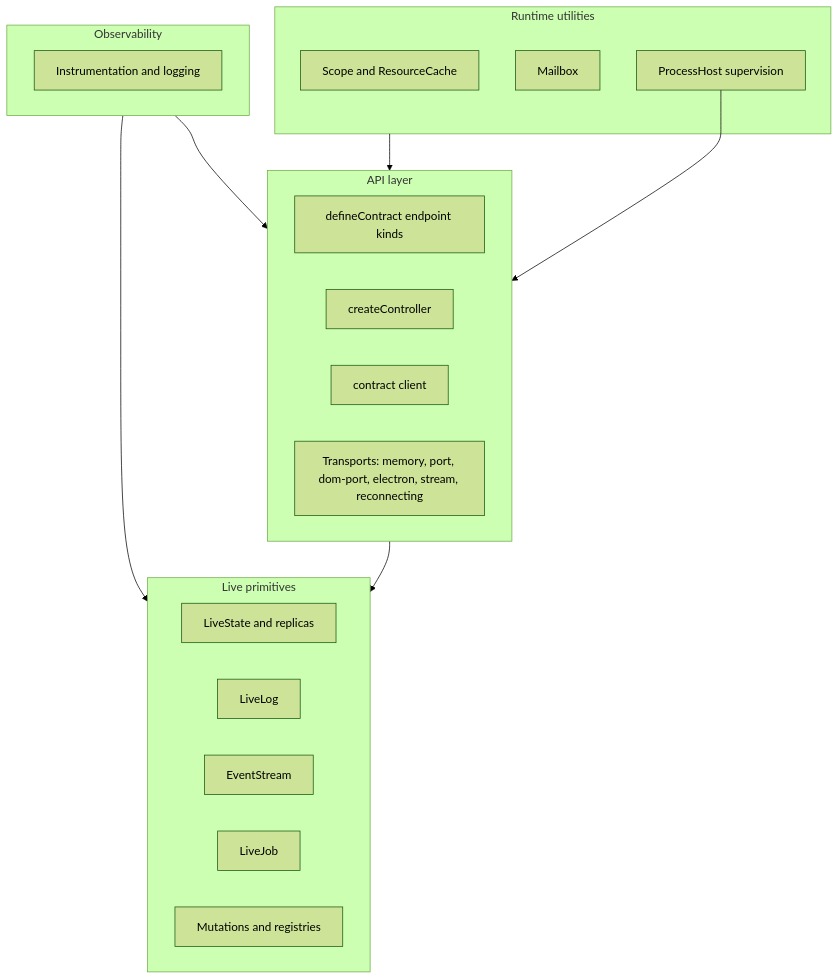
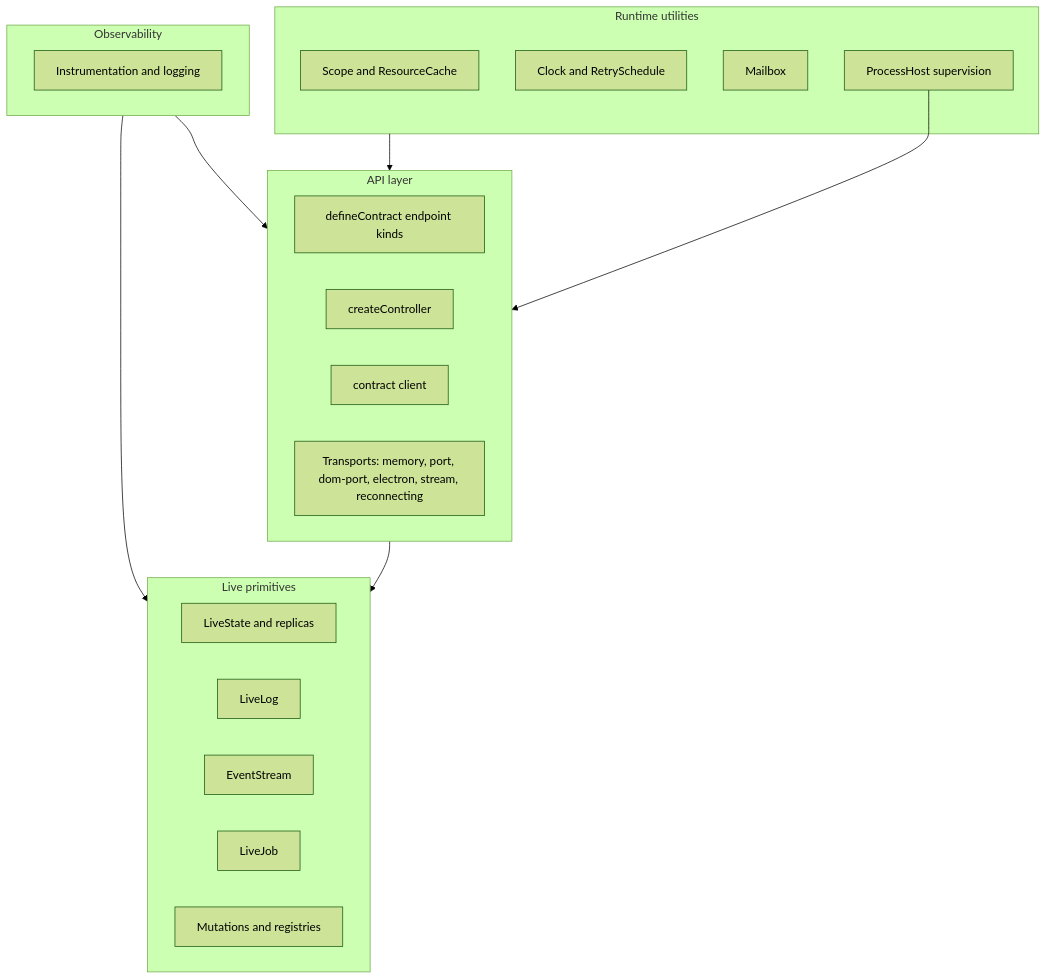
One commit to generalaction/emdash changed the diagram in packages/wire/docs/README.md. Above: the diagram before and after it, drawn with Mermaid (forest theme). The commit also changed other lines of this file and 49 other files, not shown here.

Commit message:
feat: clock and retry utils

````diff
--- a/packages/wire/docs/README.md
+++ b/packages/wire/docs/README.md
@@ -9,28 +9,29 @@
 ```mermaid
 flowchart TB
   subgraph runtime [Runtime utilities]
     scope[Scope and ResourceCache]
+    scheduling[Clock and RetrySchedule]
     mailbox[Mailbox]
     processHost[ProcessHost supervision]
   end
   subgraph api [API layer]
     contracts[defineContract endpoint kinds]
     controller[createController]
     client[contract client]
     transports[Transports: memory, port, dom-port, electron, stream, reconnecting]
   end
   subgraph live [Live primitives]
     model[LiveState and replicas]
     log[LiveLog]
     eventStream[EventStream]
     job[LiveJob]
     mutations[Mutations and registries]
   end
   subgraph observability [Observability]
     instrumentation[Instrumentation and logging]
   end
   runtime --> api --> live
   observability --> api
   observability --> live
   processHost --> api
 ```
````
